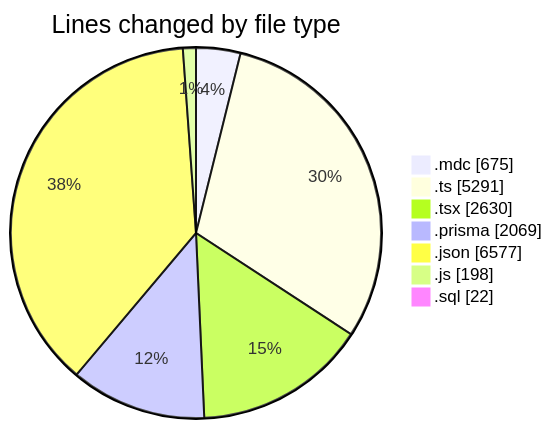
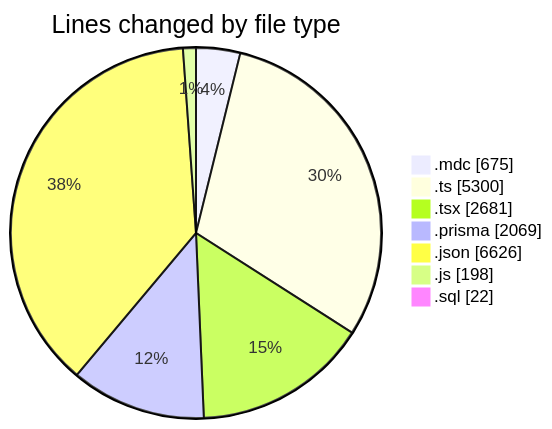
One commit to CELIANVF/code-tracking changed the first of 2 diagrams in 2025-06-05/ecodeli-1/README.md. Above: the diagram before and after it, drawn with Mermaid. The commit also changed other lines of this file and 1 other file, not shown here.

````diff
--- a/2025-06-05/ecodeli-1/README.md
+++ b/2025-06-05/ecodeli-1/README.md
@@ -48,11 +48,11 @@
 ```mermaid
 pie showData
 title Lines changed by file type
 ".mdc" : 675
-".ts" : 5291
-".tsx" : 2630
+".ts" : 5300
+".tsx" : 2681
 ".prisma" : 2069
-".json" : 6577
+".json" : 6626
 ".js" : 198
 ".sql" : 22
 ```
````
